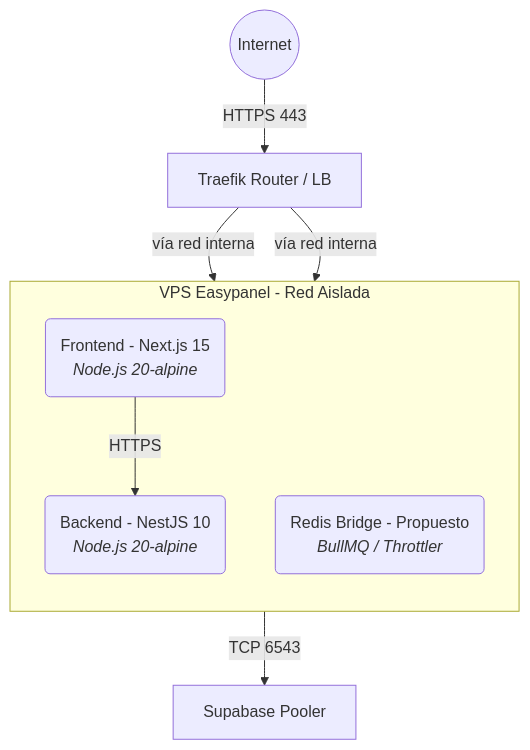
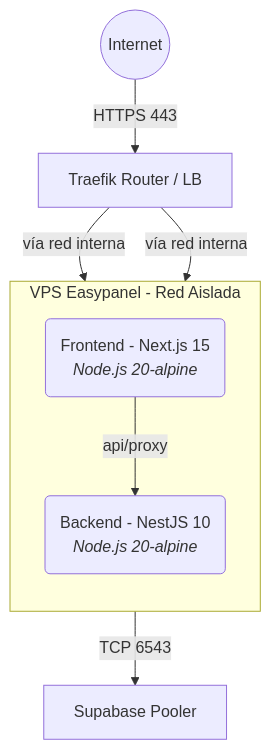
Before and after one commit to tadtaxiadvertising/tad-dooh-platform: the diagram in 05_infraestructura_docker.md, drawn with Mermaid. The commit also changed other lines of this file and 26 other files, not shown here.

````diff
--- a/05_infraestructura_docker.md
+++ b/05_infraestructura_docker.md
@@ -13,16 +13,15 @@
 ```mermaid
 graph TD
     subInternet((Internet)) --> |HTTPS 443| Traefik[Traefik Router / LB]
     Traefik --> |vía red interna| NextContainer[tad-dashboard]
     Traefik --> |vía red interna| NestContainer[tad-api]
     
     subgraph Easypanel [VPS Easypanel - Red Aislada]
         direction TB
         NextContainer(Frontend - Next.js 15<br><i>Node.js 20-alpine</i>)
         NestContainer(Backend - NestJS 10<br><i>Node.js 20-alpine</i>)
-        RedisContainer(Redis Bridge - Propuesto<br><i>BullMQ / Throttler</i>)
     end
     
     NestContainer --> |TCP 6543| Supavisor[Supabase Pooler]
-    NextContainer --> |HTTPS| NestContainer
+    NextContainer --> |api/proxy| NestContainer
 ```
````
